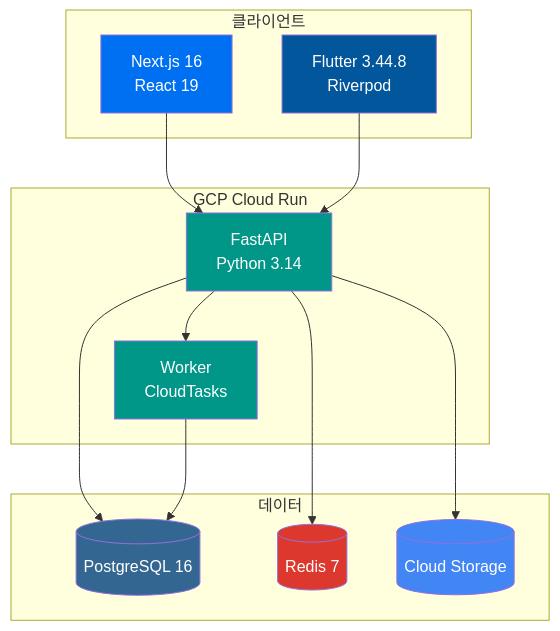
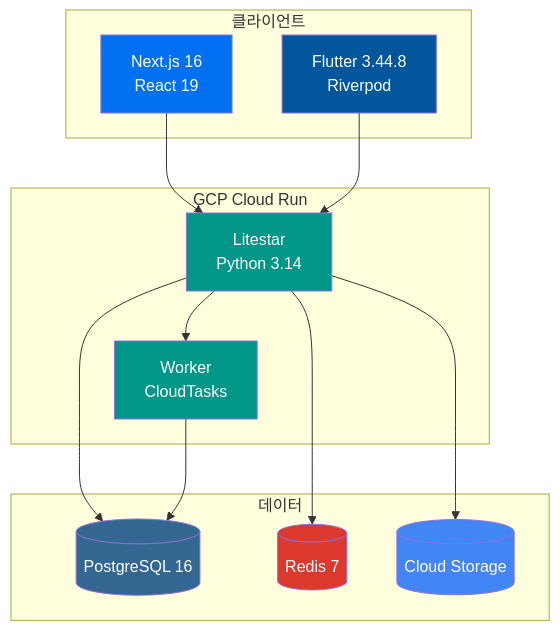
The first of 2 diagrams in docs/README.ko.md (first-fluke/fullstack-starter), drawn with Mermaid before and after one commit. The commit also changed other lines of this file and 60 other files, not shown here.

Commit message:
feat(api,worker): migrate from fastapi to litestar and msgspec

````diff
--- a/docs/README.ko.md
+++ b/docs/README.ko.md
@@ -16,34 +16,34 @@
 ```mermaid
 graph TB
     subgraph Client["클라이언트"]
         Web[Next.js 16<br/>React 19]
         Mobile[Flutter 3.44.8<br/>Riverpod]
     end
 
     subgraph GCP["GCP Cloud Run"]
-        API[FastAPI<br/>Python 3.14]
+        API[Litestar<br/>Python 3.14]
         Worker[Worker<br/>CloudTasks]
     end
 
     subgraph Data["데이터"]
         DB[(PostgreSQL 16)]
         Cache[(Redis 7)]
         Storage[(Cloud Storage)]
     end
 
     Web --> API
     Mobile --> API
     API --> DB
     API --> Cache
     API --> Worker
     Worker --> DB
     API --> Storage
 
     style Web fill:#0070f3,color:#fff
     style Mobile fill:#02569B,color:#fff
     style API fill:#009688,color:#fff
     style Worker fill:#009688,color:#fff
     style DB fill:#336791,color:#fff
     style Cache fill:#DC382D,color:#fff
     style Storage fill:#4285F4,color:#fff
 ```
````
